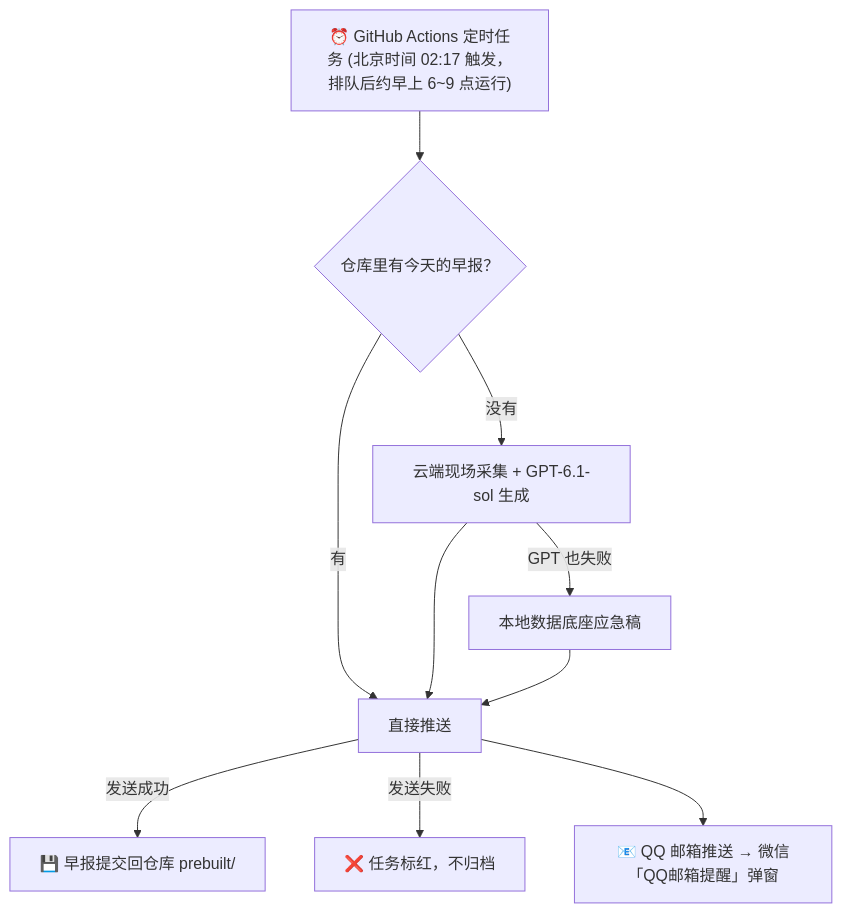
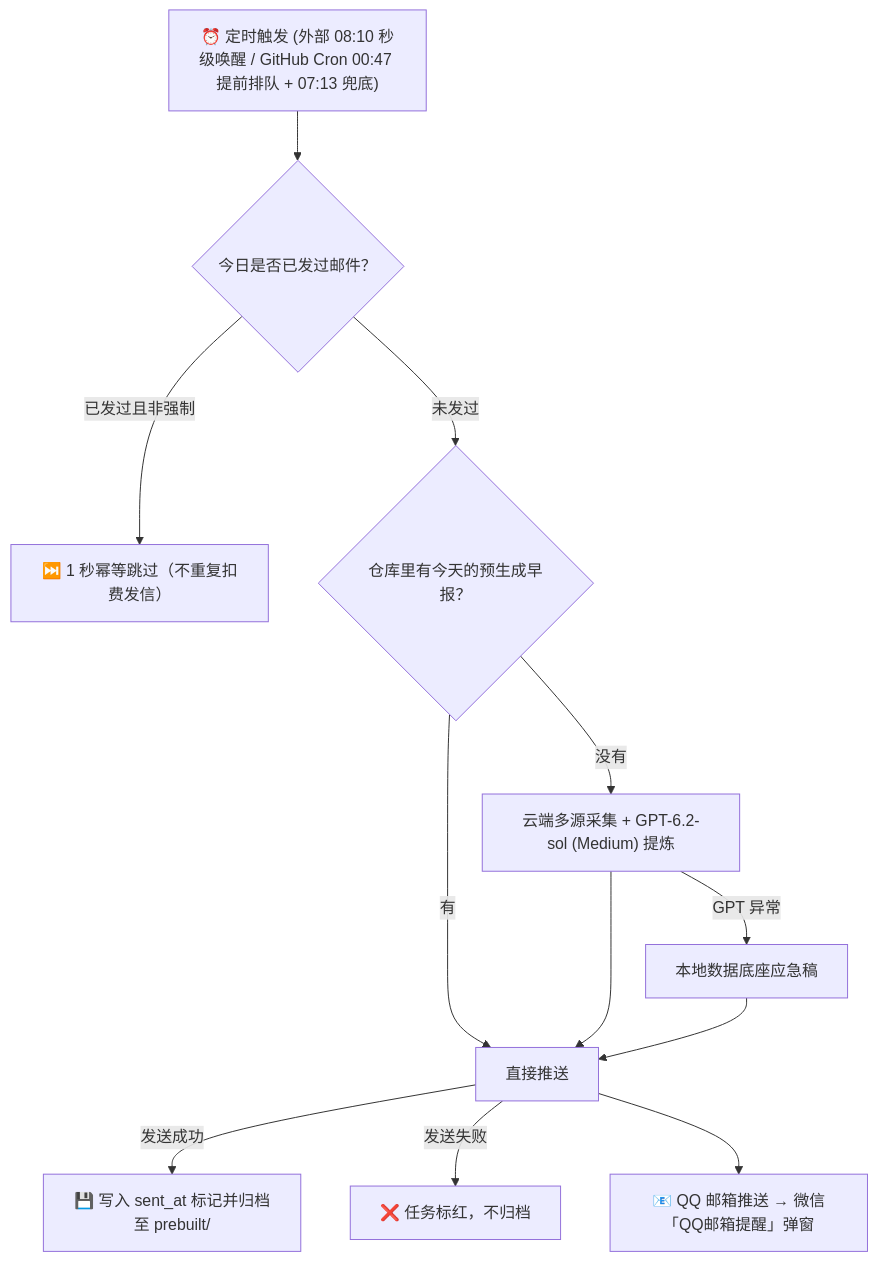
Before and after one commit to zjh-fyy/daily-ai-digest: the diagram in README.md, drawn with Mermaid. The commit also changed other lines of this file and 3 other files, not shown here.

Commit message:
feat: switch to gpt-6.2-sol, rewrite conversational prompt, add primary RSS feeds & idempotency guard

````diff
--- a/README.md
+++ b/README.md
@@ -31,12 +31,14 @@
 ```mermaid
 flowchart TD
-    B["⏰ GitHub Actions 定时任务 (北京时间 02:17 触发，排队后约早上 6~9 点运行)"] --> C{"仓库里有今天的早报？"}
+    B["⏰ 定时触发 (外部 08:10 秒级唤醒 / GitHub Cron 00:47 提前排队 + 07:13 兜底)"] --> I{"今日是否已发过邮件？"}
+    I -->|已发过且非强制| S["⏭️ 1 秒幂等跳过（不重复扣费发信）"]
+    I -->|未发过| C{"仓库里有今天的预生成早报？"}
     C -->|有| D["直接推送"]
-    C -->|没有| E["云端现场采集 + GPT-6.1-sol 生成"]
-    E -->|GPT 也失败| F["本地数据底座应急稿"]
+    C -->|没有| E["云端多源采集 + GPT-6.2-sol (Medium) 提炼"]
+    E -->|GPT 异常| F["本地数据底座应急稿"]
     E --> D
     F --> D
-    D -->|发送成功| H["💾 早报提交回仓库 prebuilt/"]
+    D -->|发送成功| H["💾 写入 sent_at 标记并归档至 prebuilt/"]
     D -->|发送失败| X["❌ 任务标红，不归档"]
     D --> G["📧 QQ 邮箱推送 → 微信「QQ邮箱提醒」弹窗"]
 ```
````
